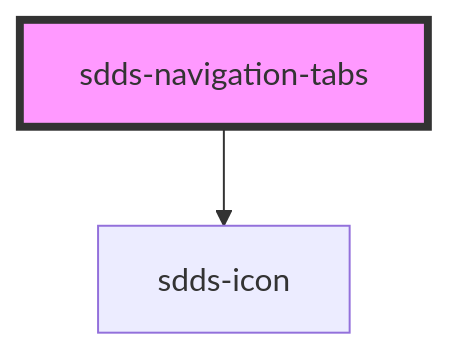
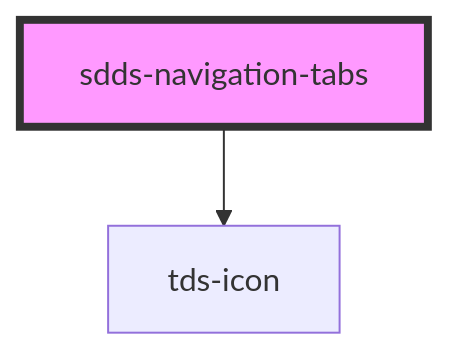
One commit to scania-digital-design-system/tegel changed the diagram in core/src/components/tabs/navigation-tabs/readme.md. Above: the diagram before and after it, drawn with Mermaid. The commit also changed other lines of this file and 71 other files, not shown here.

````diff
--- a/core/src/components/tabs/navigation-tabs/readme.md
+++ b/core/src/components/tabs/navigation-tabs/readme.md
@@ -44,5 +44,5 @@
 ```mermaid
 graph TD;
-  sdds-navigation-tabs --> sdds-icon
+  sdds-navigation-tabs --> tds-icon
   style sdds-navigation-tabs fill:#f9f,stroke:#333,stroke-width:4px
 ```
````
